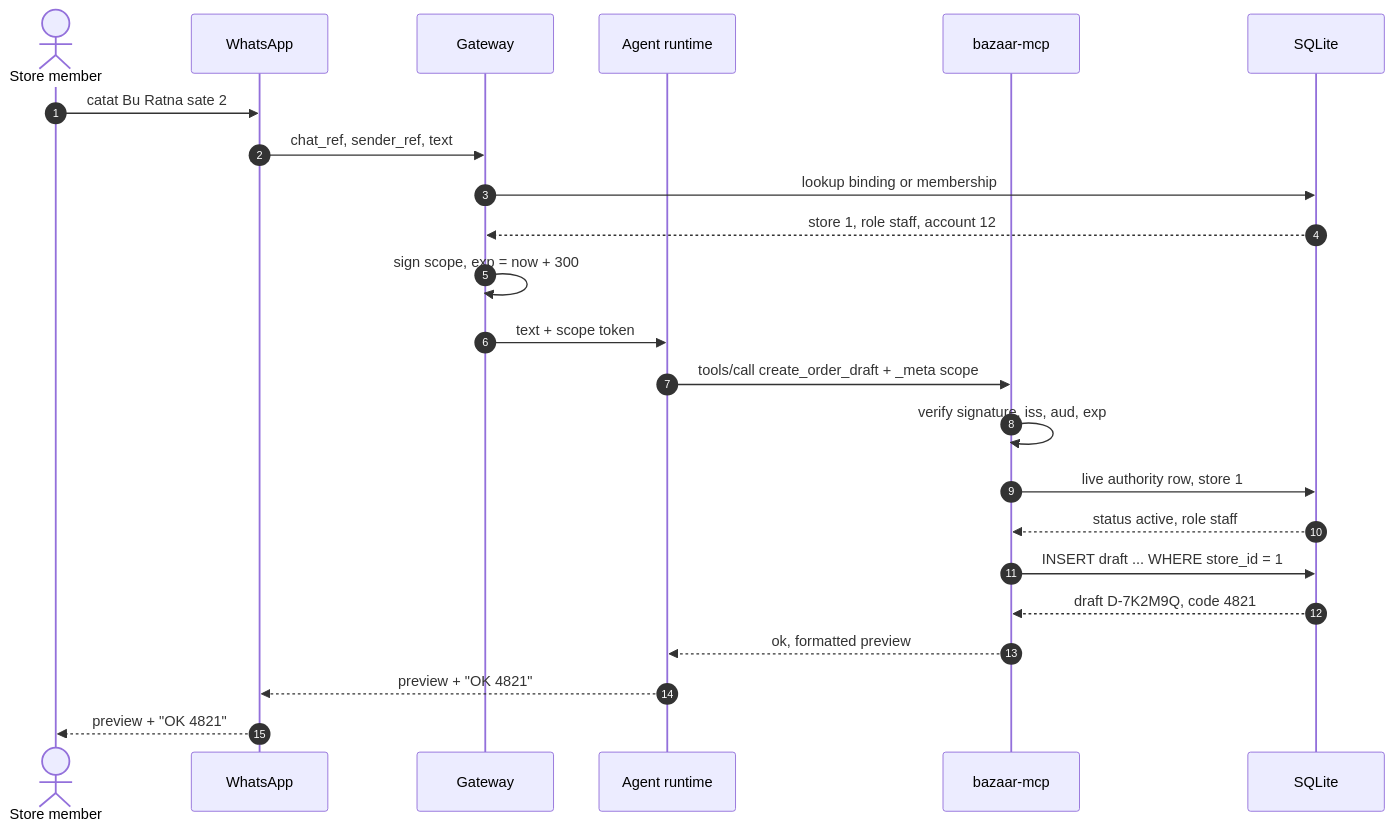
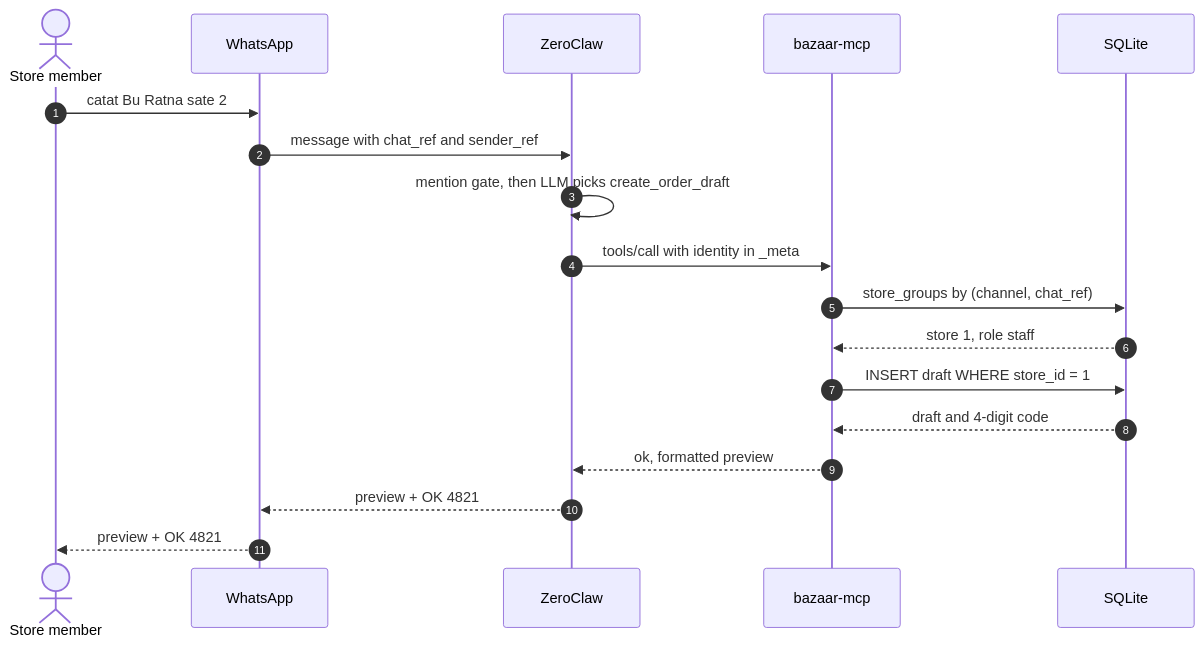
One commit to danielistyo/mini-bazaar changed the third of 3 diagrams in docs/architecture.md. Above: the diagram before and after it, drawn with Mermaid. The commit also changed other lines of this file and 26 other files, not shown here.

````diff
--- a/docs/architecture.md
+++ b/docs/architecture.md
@@ -95,26 +93,21 @@
 ```mermaid
 sequenceDiagram
     autonumber
     actor M as Store member
     participant WA as WhatsApp
-    participant GW as Gateway
-    participant AG as Agent runtime
+    participant ZC as ZeroClaw
     participant BE as bazaar-mcp
     participant DB as SQLite
 
     M->>WA: catat Bu Ratna sate 2
-    WA->>GW: chat_ref, sender_ref, text
-    GW->>DB: lookup binding or membership
-    DB-->>GW: store 1, role staff, account 12
-    GW->>GW: sign scope, exp = now + 300
-    GW->>AG: text + scope token
-    AG->>BE: tools/call create_order_draft + _meta scope
-    BE->>BE: verify signature, iss, aud, exp
-    BE->>DB: live authority row, store 1
-    DB-->>BE: status active, role staff
-    BE->>DB: INSERT draft ... WHERE store_id = 1
-    DB-->>BE: draft D-7K2M9Q, code 4821
-    BE-->>AG: ok, formatted preview
-    AG-->>WA: preview + "OK 4821"
-    WA-->>M: preview + "OK 4821"
+    WA->>ZC: message with chat_ref and sender_ref
+    ZC->>ZC: mention gate, then LLM picks create_order_draft
+    ZC->>BE: tools/call with identity in _meta
+    BE->>DB: store_groups by (channel, chat_ref)
+    DB-->>BE: store 1, role staff
+    BE->>DB: INSERT draft WHERE store_id = 1
+    DB-->>BE: draft and 4-digit code
+    BE-->>ZC: ok, formatted preview
+    ZC-->>WA: preview + OK 4821
+    WA-->>M: preview + OK 4821
 ```
````
